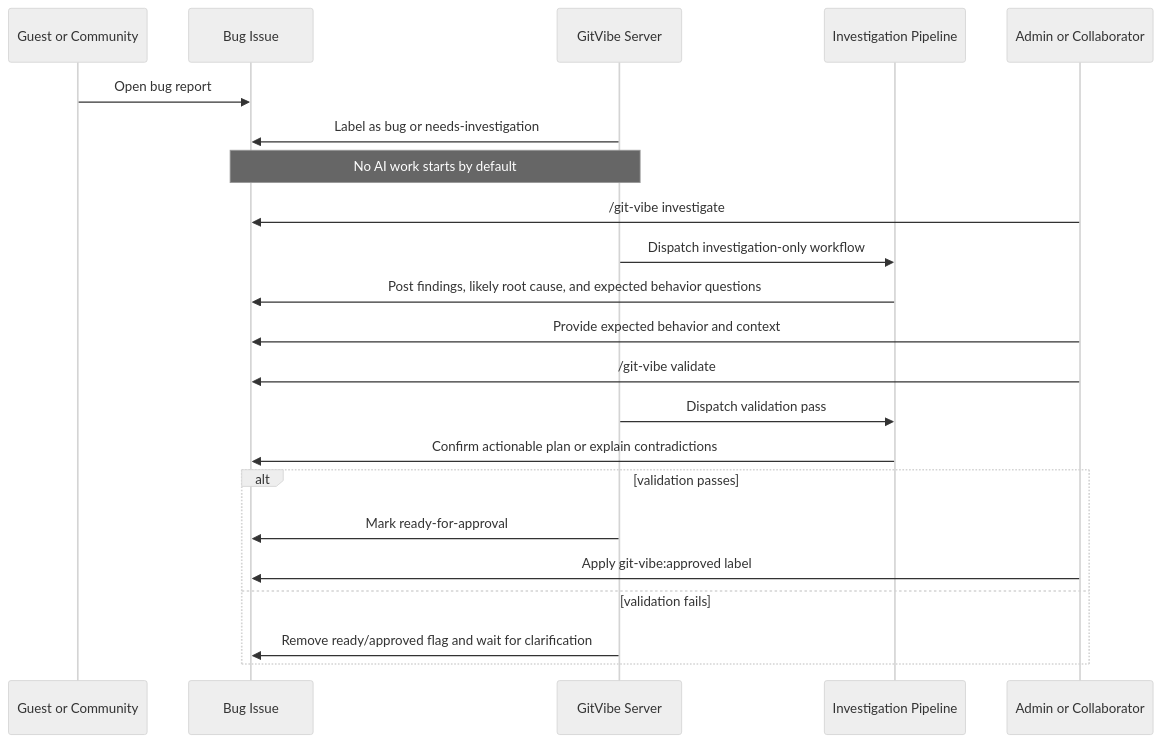
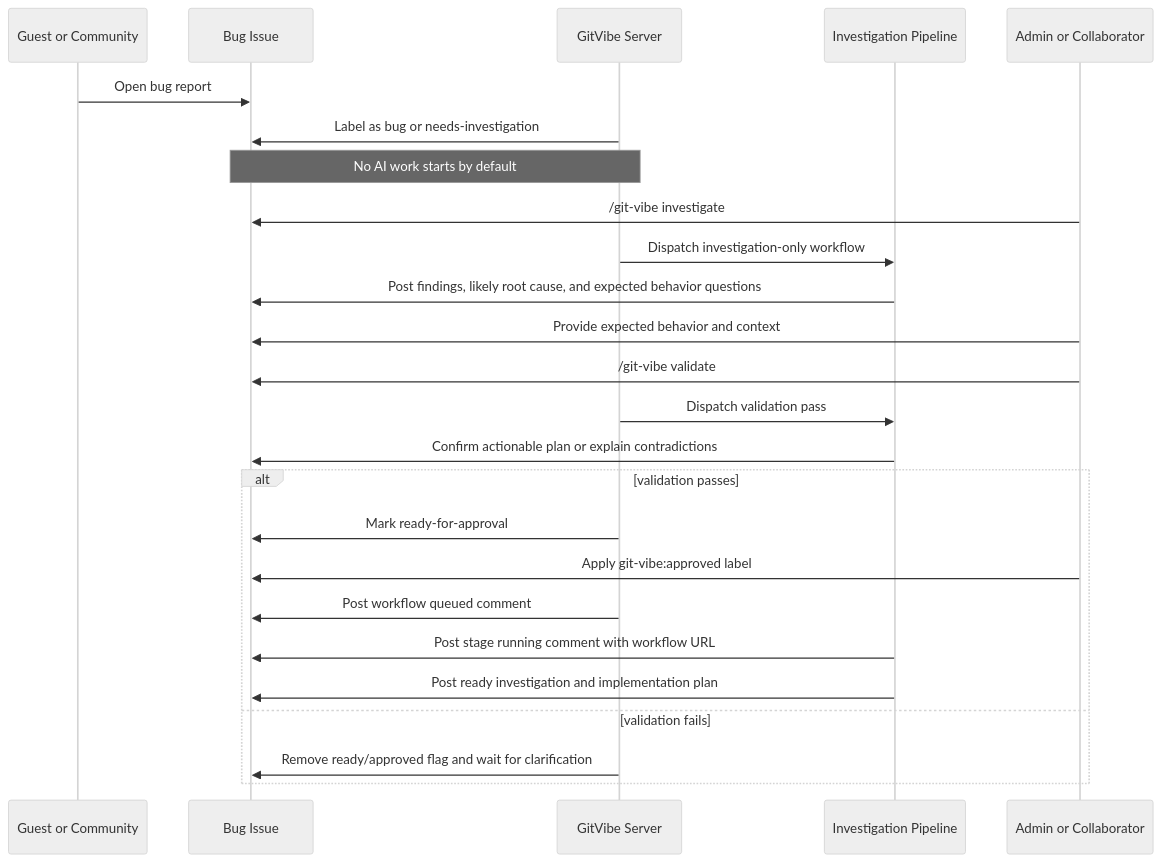
The third of 5 diagrams in docs/WORKFLOW.md (markhuangai/git-vibe), drawn with Mermaid (neutral theme) before and after one commit. The commit also changed other lines of this file and 27 other files, not shown here.

Commit message:
Implement investigation gate and workflow feedback

````diff
--- a/docs/WORKFLOW.md
+++ b/docs/WORKFLOW.md
@@ -195,28 +204,31 @@
 ```mermaid
 sequenceDiagram
   participant Guest as Guest or Community
   participant Issue as Bug Issue
   participant App as GitVibe Server
   participant AI as Investigation Pipeline
   participant Maint as Admin or Collaborator
 
   Guest->>Issue: Open bug report
   App->>Issue: Label as bug or needs-investigation
   Note over App,Issue: No AI work starts by default
 
   Maint->>Issue: /git-vibe investigate
   App->>AI: Dispatch investigation-only workflow
   AI->>Issue: Post findings, likely root cause, and expected behavior questions
 
   Maint->>Issue: Provide expected behavior and context
   Maint->>Issue: /git-vibe validate
   App->>AI: Dispatch validation pass
   AI->>Issue: Confirm actionable plan or explain contradictions
 
   alt validation passes
     App->>Issue: Mark ready-for-approval
     Maint->>Issue: Apply git-vibe:approved label
+    App->>Issue: Post workflow queued comment
+    AI->>Issue: Post stage running comment with workflow URL
+    AI->>Issue: Post ready investigation and implementation plan
   else validation fails
     App->>Issue: Remove ready/approved flag and wait for clarification
   end
 ```
````
